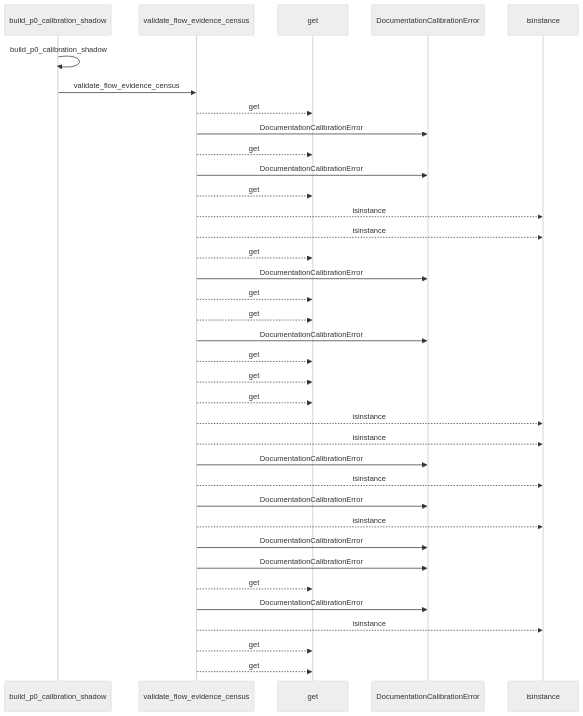
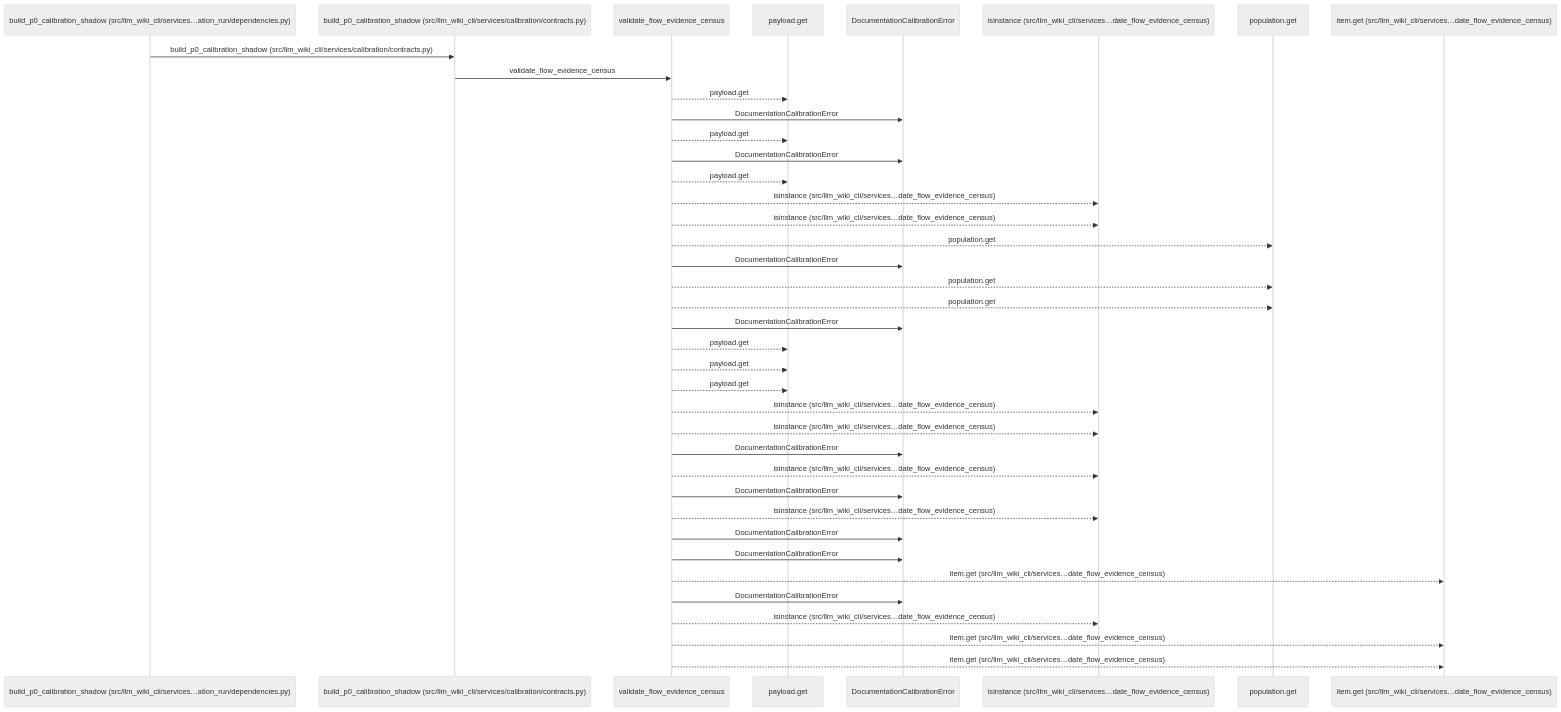
Before and after one commit to Denissvgn/python-wiki-llm: the first of 2 diagrams in docs/llm_wiki/flows/api-build_p0_calibration_shadow.md, drawn with Mermaid (neutral theme). The commit also changed other lines of this file and 719 other files, not shown here.

````diff
--- a/docs/llm_wiki/flows/api-build_p0_calibration_shadow.md
+++ b/docs/llm_wiki/flows/api-build_p0_calibration_shadow.md
@@ -10,38 +10,41 @@
 ```mermaid
 sequenceDiagram
-    participant p0 as build_p0_calibration_shadow
-    participant p1 as validate_flow_evidence_census
-    participant p2 as get
-    participant p3 as DocumentationCalibrationError
-    participant p4 as isinstance
-    p0->>p0: build_p0_calibration_shadow
-    p0->>p1: validate_flow_evidence_census
-    p1-->>p2: get
-    p1->>p3: DocumentationCalibrationError
-    p1-->>p2: get
-    p1->>p3: DocumentationCalibrationError
-    p1-->>p2: get
-    p1-->>p4: isinstance
-    p1-->>p4: isinstance
-    p1-->>p2: get
-    p1->>p3: DocumentationCalibrationError
-    p1-->>p2: get
-    p1-->>p2: get
-    p1->>p3: DocumentationCalibrationError
-    p1-->>p2: get
-    p1-->>p2: get
-    p1-->>p2: get
-    p1-->>p4: isinstance
-    p1-->>p4: isinstance
-    p1->>p3: DocumentationCalibrationError
-    p1-->>p4: isinstance
-    p1->>p3: DocumentationCalibrationError
-    p1-->>p4: isinstance
-    p1->>p3: DocumentationCalibrationError
-    p1->>p3: DocumentationCalibrationError
-    p1-->>p2: get
-    p1->>p3: DocumentationCalibrationError
-    p1-->>p4: isinstance
-    p1-->>p2: get
-    p1-->>p2: get
+    participant p0 as build_p0_calibration_shadow (src/llm_wiki_cli/services…ation_run/dependencies.py)
+    participant p1 as build_p0_calibration_shadow (src/llm_wiki_cli/services/calibration/contracts.py)
+    participant p2 as validate_flow_evidence_census
+    participant p3 as payload.get
+    participant p4 as DocumentationCalibrationError
+    participant p5 as isinstance (src/llm_wiki_cli/services…date_flow_evidence_census)
+    participant p6 as population.get
+    participant p7 as item.get (src/llm_wiki_cli/services…date_flow_evidence_census)
+    p0->>p1: build_p0_calibration_shadow (src/llm_wiki_cli/services/calibration/contracts.py)
+    p1->>p2: validate_flow_evidence_census
+    p2-->>p3: payload.get
+    p2->>p4: DocumentationCalibrationError
+    p2-->>p3: payload.get
+    p2->>p4: DocumentationCalibrationError
+    p2-->>p3: payload.get
+    p2-->>p5: isinstance (src/llm_wiki_cli/services…date_flow_evidence_census)
+    p2-->>p5: isinstance (src/llm_wiki_cli/services…date_flow_evidence_census)
+    p2-->>p6: population.get
+    p2->>p4: DocumentationCalibrationError
+    p2-->>p6: population.get
+    p2-->>p6: population.get
+    p2->>p4: DocumentationCalibrationError
+    p2-->>p3: payload.get
+    p2-->>p3: payload.get
+    p2-->>p3: payload.get
+    p2-->>p5: isinstance (src/llm_wiki_cli/services…date_flow_evidence_census)
+    p2-->>p5: isinstance (src/llm_wiki_cli/services…date_flow_evidence_census)
+    p2->>p4: DocumentationCalibrationError
+    p2-->>p5: isinstance (src/llm_wiki_cli/services…date_flow_evidence_census)
+    p2->>p4: DocumentationCalibrationError
+    p2-->>p5: isinstance (src/llm_wiki_cli/services…date_flow_evidence_census)
+    p2->>p4: DocumentationCalibrationError
+    p2->>p4: DocumentationCalibrationError
+    p2-->>p7: item.get (src/llm_wiki_cli/services…date_flow_evidence_census)
+    p2->>p4: DocumentationCalibrationError
+    p2-->>p5: isinstance (src/llm_wiki_cli/services…date_flow_evidence_census)
+    p2-->>p7: item.get (src/llm_wiki_cli/services…date_flow_evidence_census)
+    p2-->>p7: item.get (src/llm_wiki_cli/services…date_flow_evidence_census)
 ```
````
